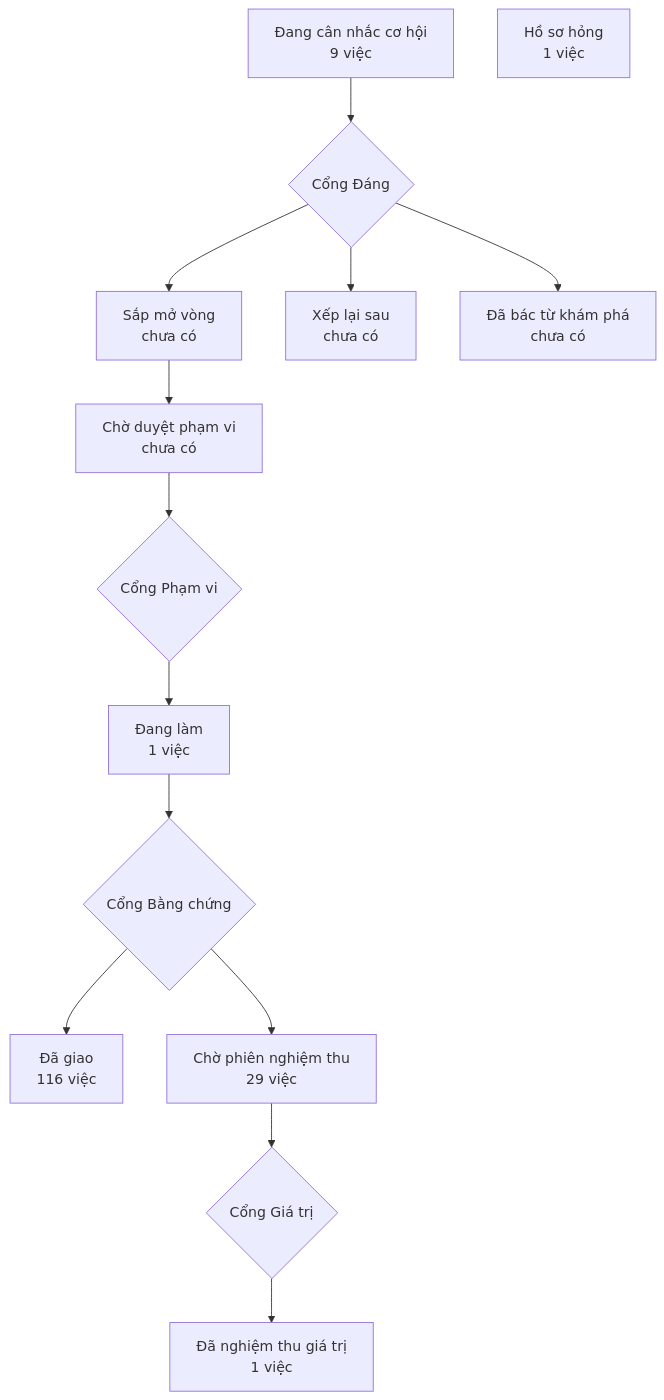
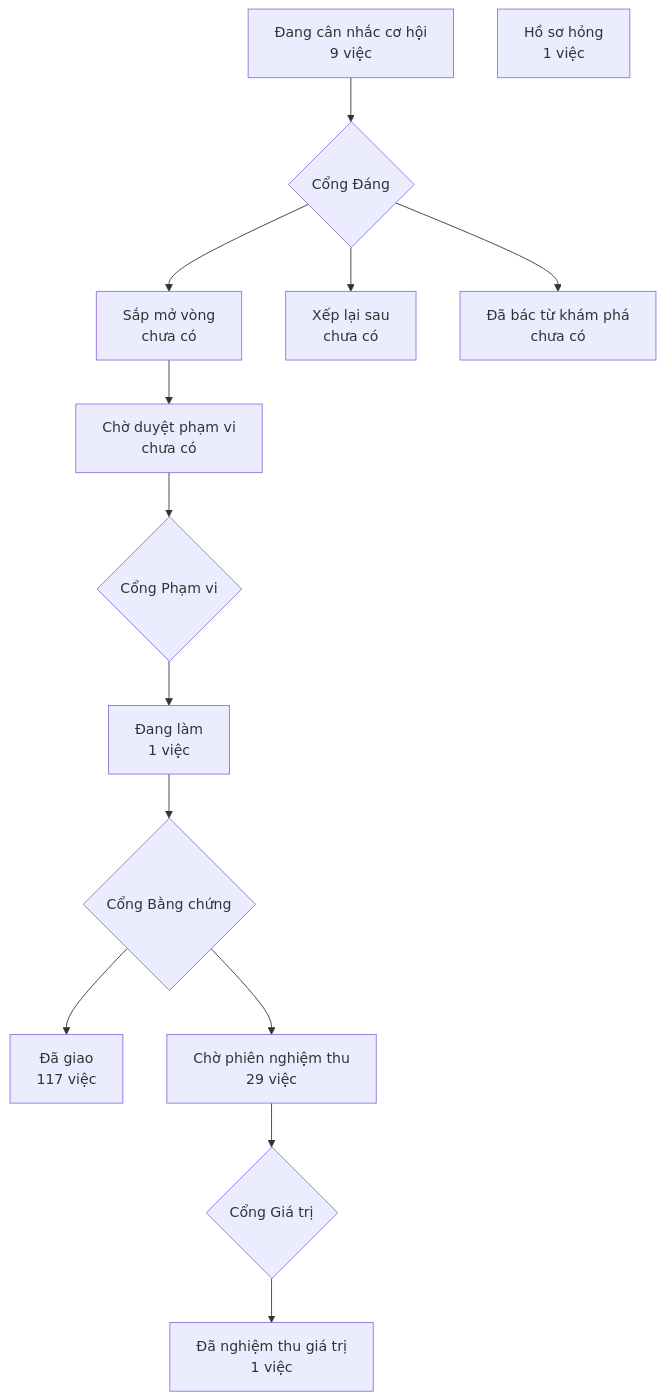
One commit to phanlemanh/crm-onehub changed the diagram in PRODUCT-MAP.md. Above: the diagram before and after it, drawn with Mermaid. The commit also changed other lines of this file and 2 other files, not shown here.

Commit message:
docs(nop-ban-nhap-chon-theo-khoa): máy thông Cổng 2 (xanh-sạch, cửa veto mở); vẽ lại bản đồ

````diff
--- a/PRODUCT-MAP.md
+++ b/PRODUCT-MAP.md
@@ -7,13 +7,13 @@
 ```mermaid
 flowchart TD
   A["Đang cân nhắc cơ hội<br/>9 việc"] --> GD{"Cổng Đáng"}
   GD --> B["Sắp mở vòng<br/>chưa có"]
   GD --> XL["Xếp lại sau<br/>chưa có"]
   GD --> DB["Đã bác từ khám phá<br/>chưa có"]
   B --> CD["Chờ duyệt phạm vi<br/>chưa có"] --> GP{"Cổng Phạm vi"}
   GP --> DL["Đang làm<br/>1 việc"] --> GB{"Cổng Bằng chứng"}
-  GB --> DG["Đã giao<br/>116 việc"]
+  GB --> DG["Đã giao<br/>117 việc"]
   GB --> CN["Chờ phiên nghiệm thu<br/>29 việc"] --> GG{"Cổng Giá trị"}
   GG --> NT["Đã nghiệm thu giá trị<br/>1 việc"]
   HS["Hồ sơ hỏng<br/>1 việc"]
 ```
````
